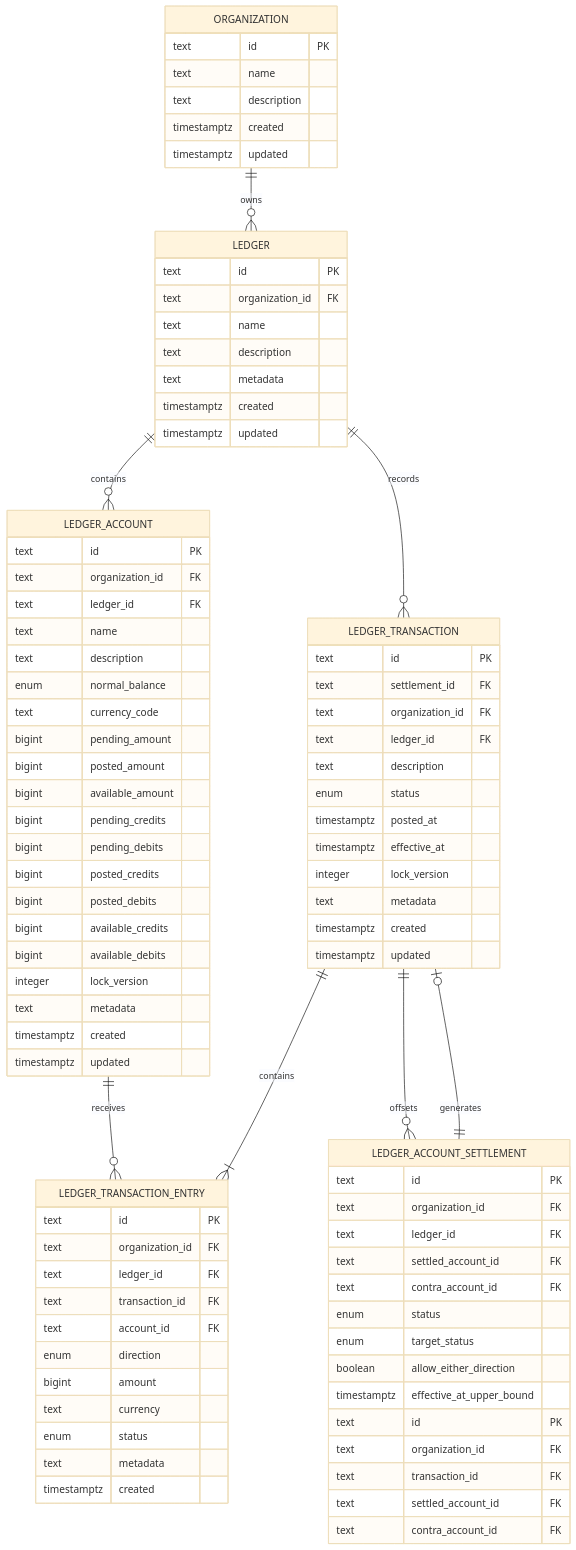
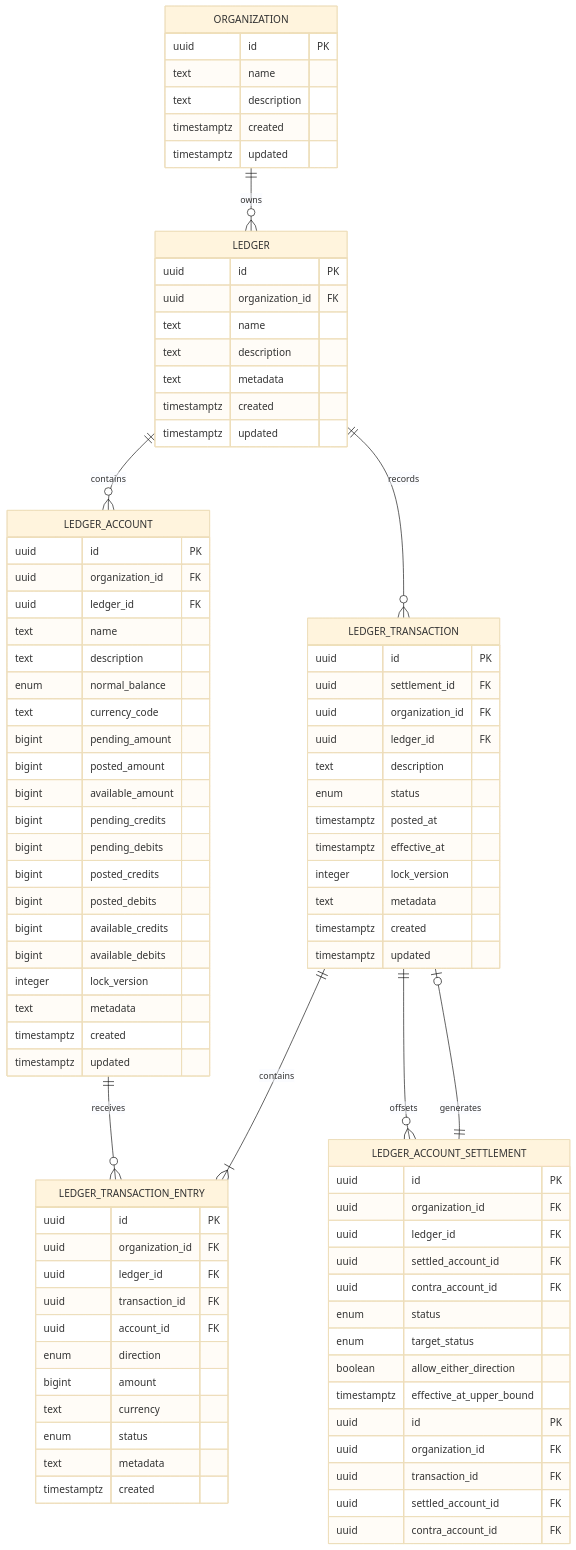
One commit to martinffx/exchequerio changed the diagram in apps/api/docs/product/erd.md. Above: the diagram before and after it, drawn with Mermaid (base theme). The commit also changed other lines of this file and 102 other files, not shown here.

````diff
--- a/apps/api/docs/product/erd.md
+++ b/apps/api/docs/product/erd.md
@@ -6,7 +6,7 @@
 ```mermaid
 erDiagram
     ORGANIZATION {
-        text id PK
+        uuid id PK
         text name
         text description
         timestamptz created
@@ -14,8 +14,8 @@
     }
 
     LEDGER {
-        text id PK
-        text organization_id FK
+        uuid id PK
+        uuid organization_id FK
         text name
         text description
         text metadata
@@ -24,9 +24,9 @@
     }
 
     LEDGER_ACCOUNT {
-        text id PK
-        text organization_id FK
-        text ledger_id FK
+        uuid id PK
+        uuid organization_id FK
+        uuid ledger_id FK
         text name
         text description
         enum normal_balance
@@ -47,10 +47,10 @@
     }
 
     LEDGER_TRANSACTION {
-        text id PK
-        text settlement_id FK
-        text organization_id FK
-        text ledger_id FK
+        uuid id PK
+        uuid settlement_id FK
+        uuid organization_id FK
+        uuid ledger_id FK
         text description
         enum status
         timestamptz posted_at
@@ -62,11 +62,11 @@
     }
 
     LEDGER_ACCOUNT_SETTLEMENT {
-        text id PK
-        text organization_id FK
-        text ledger_id FK
-        text settled_account_id FK
-        text contra_account_id FK
+        uuid id PK
+        uuid organization_id FK
+        uuid ledger_id FK
+        uuid settled_account_id FK
+        uuid contra_account_id FK
         enum status
         enum target_status
         boolean allow_either_direction
@@ -76,11 +76,11 @@
     LEDGER_ACCOUNT_SETTLEMENT ||--o| LEDGER_TRANSACTION : generates
 
     LEDGER_TRANSACTION_ENTRY {
-        text id PK
-        text organization_id FK
-        text ledger_id FK
-        text transaction_id FK
-        text account_id FK
+        uuid id PK
+        uuid organization_id FK
+        uuid ledger_id FK
+        uuid transaction_id FK
+        uuid account_id FK
         enum direction
         bigint amount
         text currency
@@ -90,11 +90,11 @@
     }
 
     LEDGER_ACCOUNT_SETTLEMENT {
-        text id PK
-        text organization_id FK
-        text transaction_id FK
-        text settled_account_id FK
-        text contra_account_id FK
+        uuid id PK
+        uuid organization_id FK
+        uuid transaction_id FK
+        uuid settled_account_id FK
+        uuid contra_account_id FK
     }
 
     ORGANIZATION ||--o{ LEDGER : owns
````
